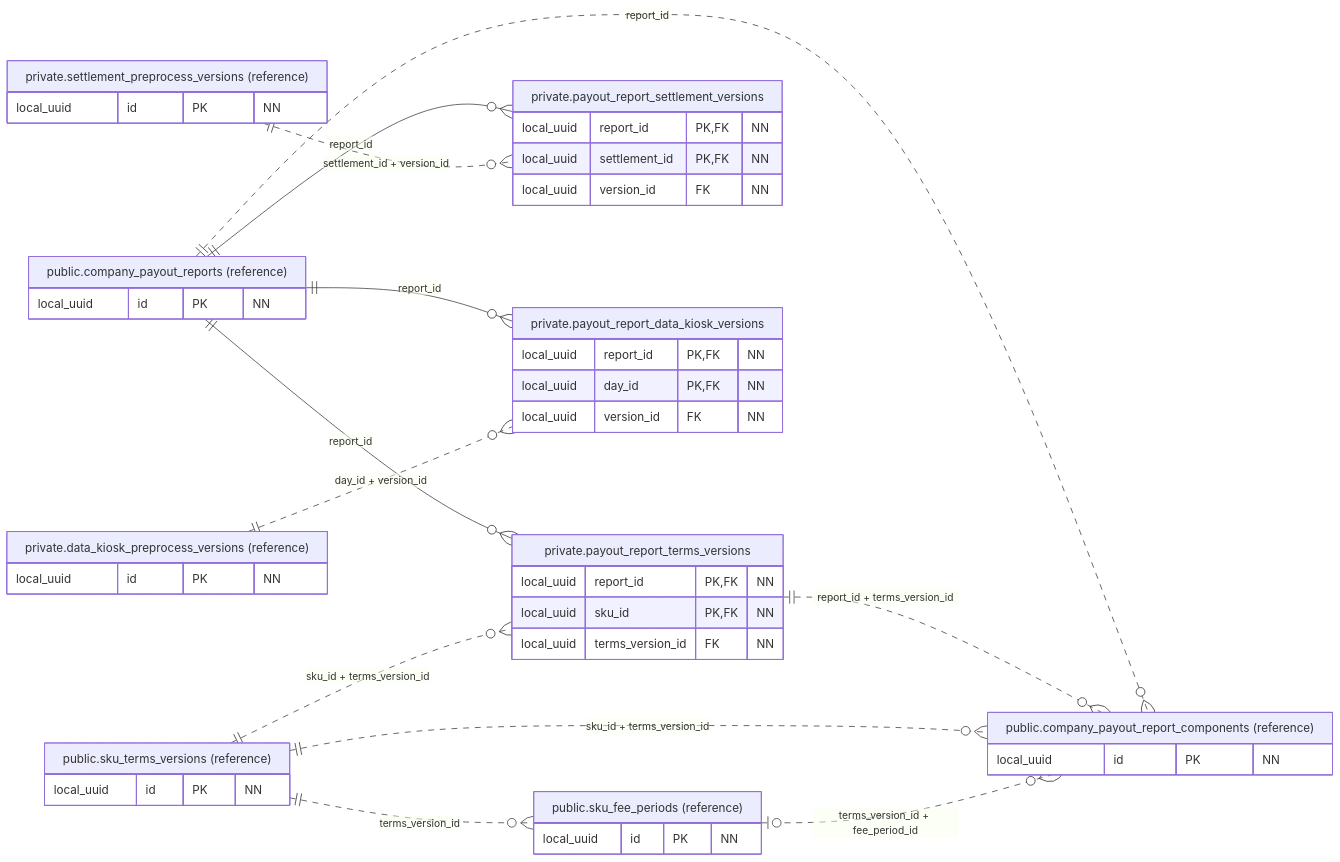
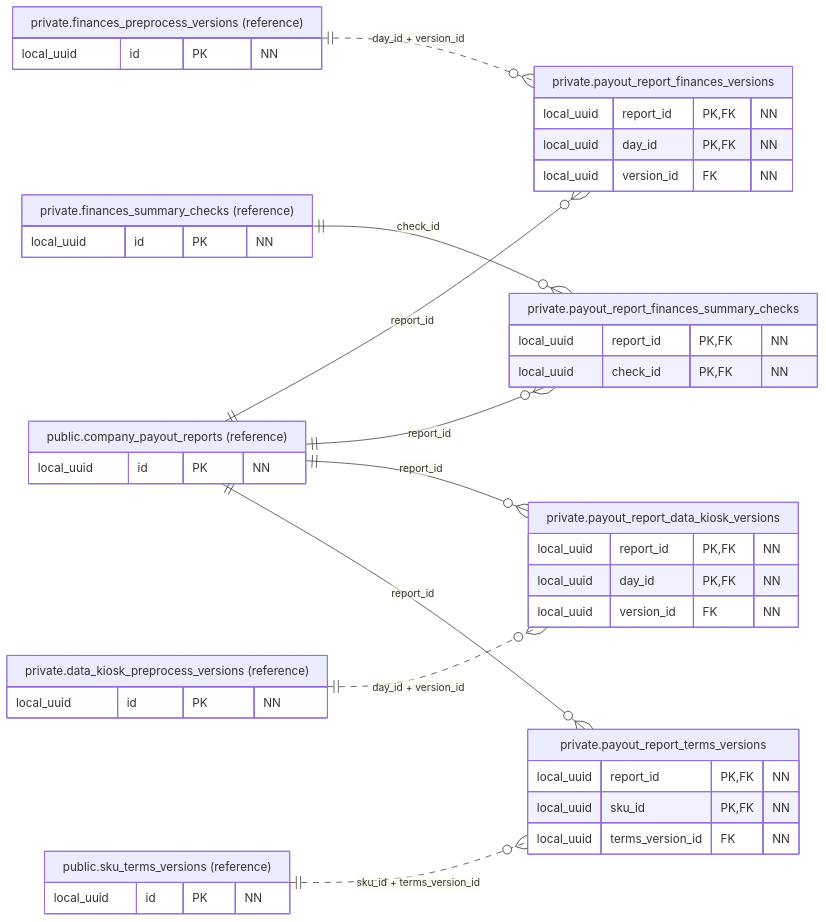
Before and after one commit to qwercxzsda/A-SelBox: the diagram in docs/figures/database/07-payout-manifests.mmd, drawn with Mermaid. The commit also changed 377 other files, not shown here.

```diff
--- a/docs/figures/database/07-payout-manifests.mmd
+++ b/docs/figures/database/07-payout-manifests.mmd
@@ -1,55 +1,53 @@
 erDiagram
     direction LR
-    public_sku_terms_versions ||..o{ public_sku_fee_periods : "terms_version_id"
-    public_company_payout_reports ||--o{ private_payout_report_settlement_versions : "report_id"
-    private_settlement_preprocess_versions ||..o{ private_payout_report_settlement_versions : "settlement_id + version_id"
+    private_finances_preprocess_versions ||..o{ private_payout_report_finances_versions : "day_id + version_id"
+    public_company_payout_reports ||--o{ private_payout_report_finances_versions : "report_id"
+    private_finances_summary_checks ||--o{ private_payout_report_finances_summary_checks : "check_id"
+    public_company_payout_reports ||--o{ private_payout_report_finances_summary_checks : "report_id"
+    private_data_kiosk_preprocess_versions ||..o{ private_payout_report_data_kiosk_versions : "day_id + version_id"
     public_company_payout_reports ||--o{ private_payout_report_data_kiosk_versions : "report_id"
-    private_data_kiosk_preprocess_versions ||..o{ private_payout_report_data_kiosk_versions : "day_id + version_id"
     public_company_payout_reports ||--o{ private_payout_report_terms_versions : "report_id"
     public_sku_terms_versions ||..o{ private_payout_report_terms_versions : "sku_id + terms_version_id"
-    public_company_payout_reports ||..o{ public_company_payout_report_components : "report_id"
-    private_payout_report_terms_versions ||..o{ public_company_payout_report_components : "report_id + terms_version_id"
-    public_sku_terms_versions ||..o{ public_company_payout_report_components : "sku_id + terms_version_id"
-    public_sku_fee_periods o|..o{ public_company_payout_report_components : "terms_version_id + fee_period_id"
 
-    private_payout_report_settlement_versions["private.payout_report_settlement_versions"] {
+    private_payout_report_finances_versions["private.payout_report_finances_versions"] {
         local_uuid report_id PK, FK "NN"
-        local_uuid settlement_id PK, FK "NN"
+        local_uuid day_id PK, FK "NN"
         local_uuid version_id FK "NN"
+    }
+
+    private_payout_report_finances_summary_checks["private.payout_report_finances_summary_checks"] {
+        local_uuid report_id PK, FK "NN"
+        local_uuid check_id PK, FK "NN"
     }
 
     private_payout_report_data_kiosk_versions["private.payout_report_data_kiosk_versions"] {
         local_uuid report_id PK, FK "NN"
         local_uuid day_id PK, FK "NN"
         local_uuid version_id FK "NN"
     }
 
     private_payout_report_terms_versions["private.payout_report_terms_versions"] {
         local_uuid report_id PK, FK "NN"
         local_uuid sku_id PK, FK "NN"
         local_uuid terms_version_id FK "NN"
     }
 
-    public_company_payout_reports["public.company_payout_reports (reference)"] {
+    private_data_kiosk_preprocess_versions["private.data_kiosk_preprocess_versions (reference)"] {
         local_uuid id PK "NN"
     }
 
-    private_settlement_preprocess_versions["private.settlement_preprocess_versions (reference)"] {
+    private_finances_preprocess_versions["private.finances_preprocess_versions (reference)"] {
         local_uuid id PK "NN"
     }
 
-    private_data_kiosk_preprocess_versions["private.data_kiosk_preprocess_versions (reference)"] {
+    private_finances_summary_checks["private.finances_summary_checks (reference)"] {
+        local_uuid id PK "NN"
+    }
+
+    public_company_payout_reports["public.company_payout_reports (reference)"] {
         local_uuid id PK "NN"
     }
 
     public_sku_terms_versions["public.sku_terms_versions (reference)"] {
         local_uuid id PK "NN"
     }
-
-    public_sku_fee_periods["public.sku_fee_periods (reference)"] {
-        local_uuid id PK "NN"
-    }
-
-    public_company_payout_report_components["public.company_payout_report_components (reference)"] {
-        local_uuid id PK "NN"
-    }
```
